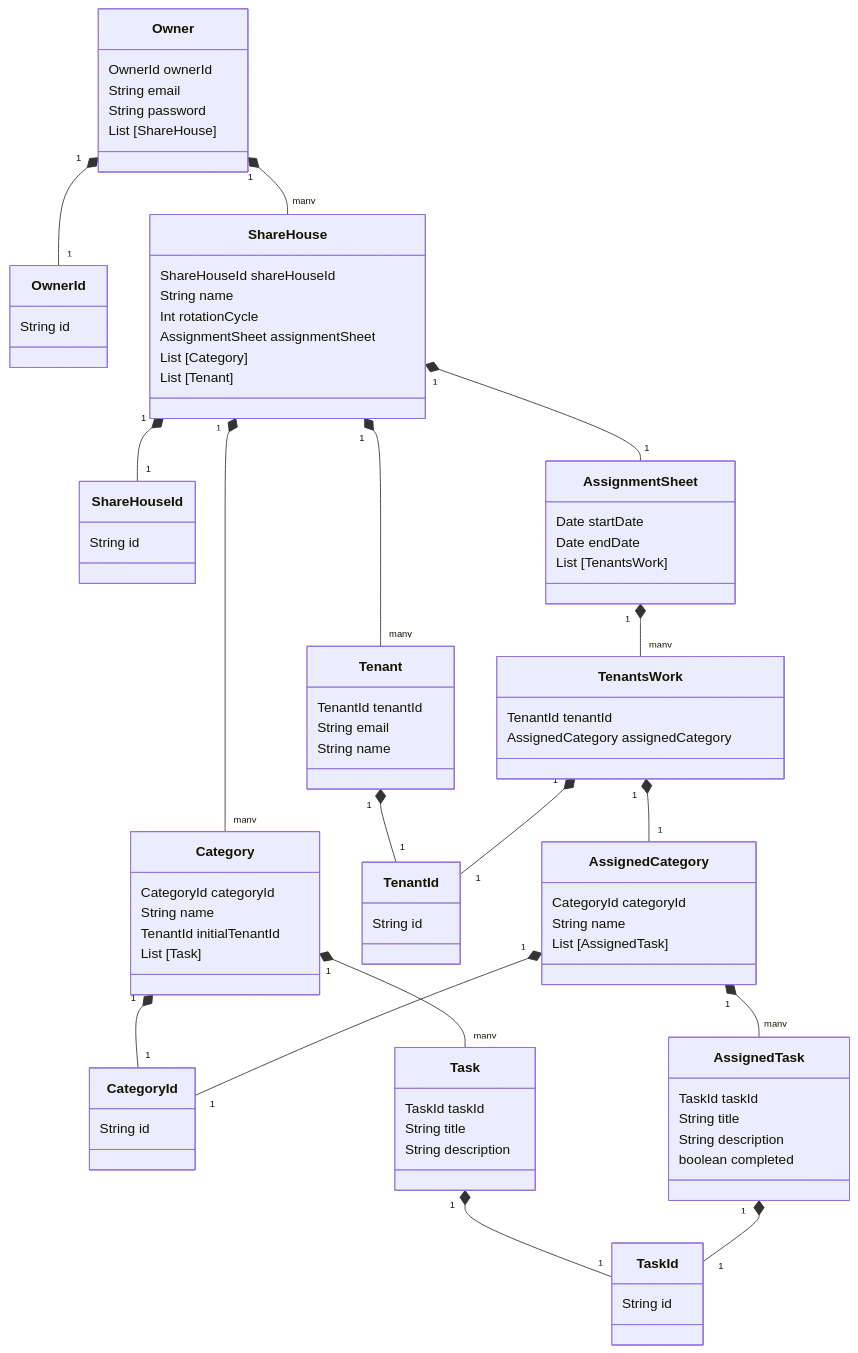
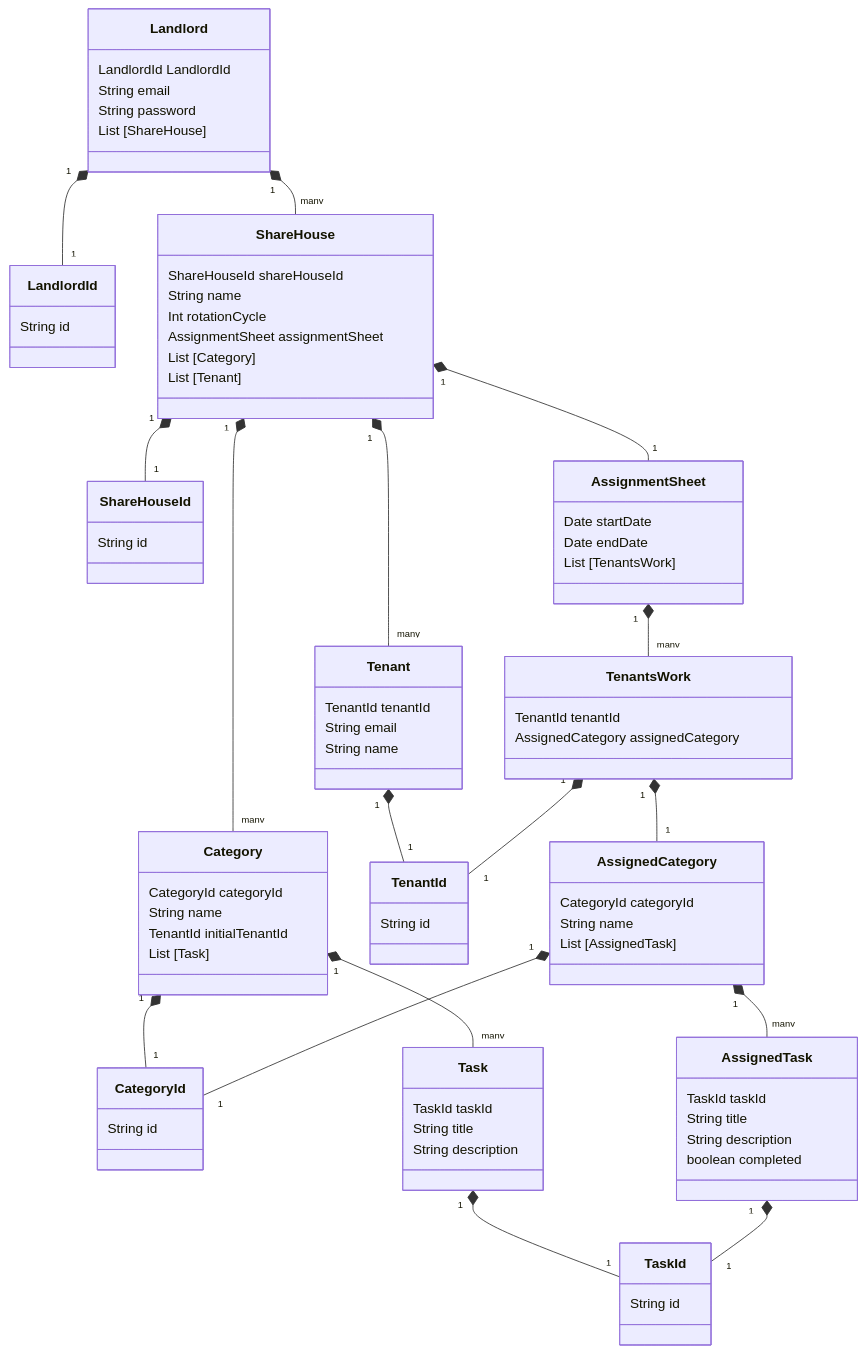
One commit to Tascurator/tascurator-documents changed the diagram in docs/docs/modeling.md. Above: the diagram before and after it, drawn with Mermaid. The commit also changed other lines of this file, not shown here.

Commit message:
fix: revised name of owner & password constraints

````diff
--- a/docs/docs/modeling.md
+++ b/docs/docs/modeling.md
@@ -3,13 +3,13 @@
 ```mermaid
 classDiagram
-    class Owner {
-        OwnerId ownerId
+    class Landlord {
+        LandlordId LandlordId
         String email
         String password
         List [ShareHouse]
     }
 
-    class OwnerId {
+    class LandlordId {
         String id
     }
 
@@ -81,8 +81,8 @@
         boolean completed
     }
 
-    Owner "1" *-- "1" OwnerId
-    Owner "1" *-- "many" ShareHouse
+    Landlord "1" *-- "1" LandlordId
+    Landlord "1" *-- "many" ShareHouse
     ShareHouse "1" *-- "1" ShareHouseId
     ShareHouse "1" *-- "many" Category
     ShareHouse "1" *-- "many" Tenant
````
